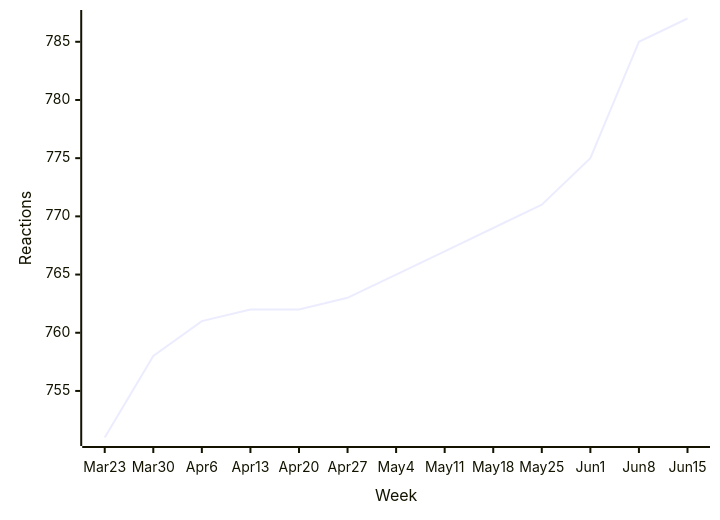
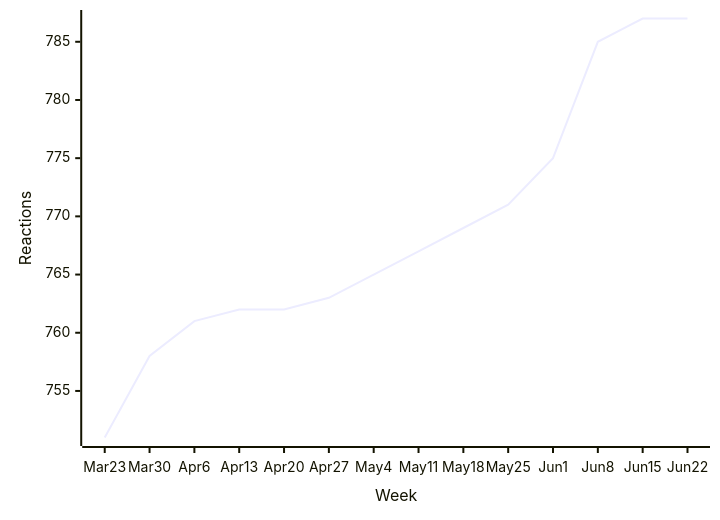
One commit to loic-sharma/github-insights changed the first of 50 diagrams in README.md. Above: the diagram before and after it, drawn with Mermaid. The commit also changed other lines of this file and 3 other files, not shown here.

````diff
--- a/README.md
+++ b/README.md
@@ -339,6 +339,6 @@
   ```mermaid
   xychart-beta
-    x-axis "Week" [Mar 23, Mar 30, Apr 6, Apr 13, Apr 20, Apr 27, May 4, May 11, May 18, May 25, Jun 1, Jun 8, Jun 15]
+    x-axis "Week" [Mar 23, Mar 30, Apr 6, Apr 13, Apr 20, Apr 27, May 4, May 11, May 18, May 25, Jun 1, Jun 8, Jun 15, Jun 22]
     y-axis "Reactions"
-    line [751, 758, 761, 762, 762, 763, 765, 767, 769, 771, 775, 785, 787]
+    line [751, 758, 761, 762, 762, 763, 765, 767, 769, 771, 775, 785, 787, 787]
   ```
````
